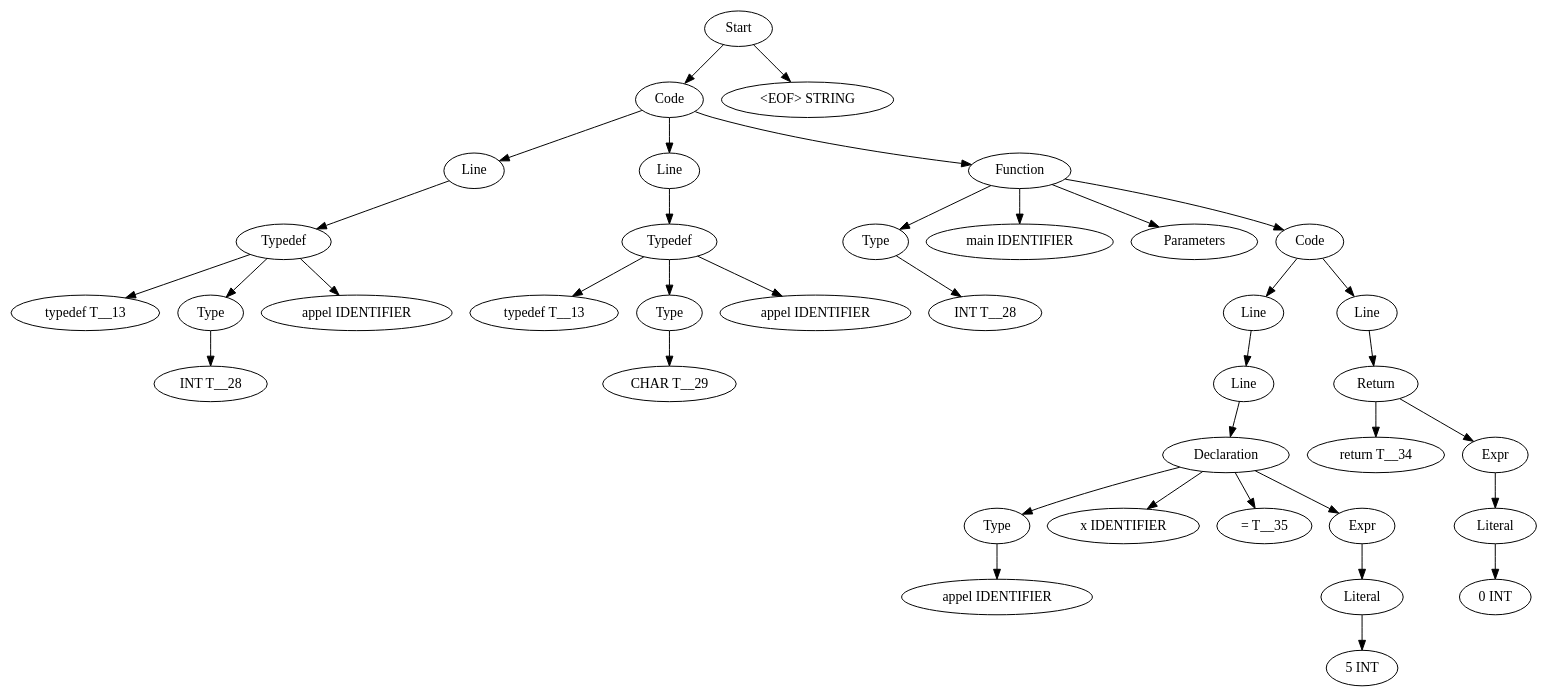
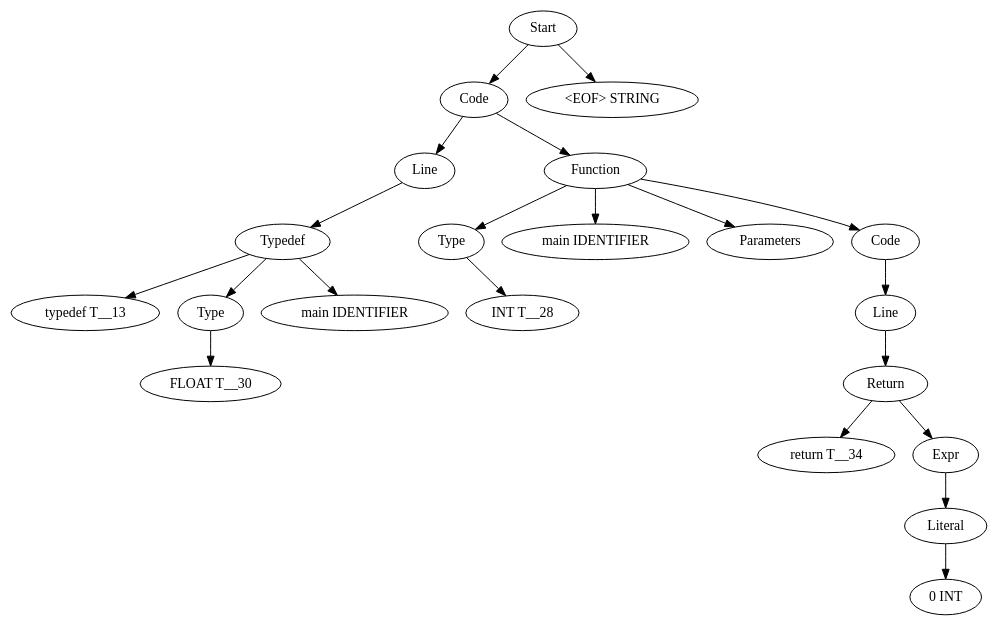
Before and after one commit to Are-you-listening/Compilers: the diagram in TestCases/ASTTests/TypedefTests/createTests/read_file_before.dot, drawn with Graphviz. The commit also changed 280 other files, not shown here.

```diff
--- a/TestCases/ASTTests/TypedefTests/createTests/read_file_before.dot
+++ b/TestCases/ASTTests/TypedefTests/createTests/read_file_before.dot
@@ -1,75 +1,43 @@
 digraph AST {
-  "131043384268352" [label="Start"];
-  "131043384268352" -> "131043383300880";
-  "131043384268352" -> "131043383302320";
-  "131043383300880" [label="Code"];
-  "131043383300880" -> "131043383307744";
-  "131043383300880" -> "131043383301120";
-  "131043383300880" -> "131043383306016";
-  "131043383307744" [label="Line"];
-  "131043383307744" -> "131043383300016";
-  "131043383300016" [label="Typedef"];
-  "131043383300016" -> "131043383296320";
-  "131043383300016" -> "131043383305056";
-  "131043383300016" -> "131043383304000";
-  "131043383296320" [label="typedef T__13"];
-  "131043383305056" [label="Type"];
-  "131043383305056" -> "131043383305680";
-  "131043383305680" [label="INT T__28"];
-  "131043383304000" [label="appel IDENTIFIER"];
-  "131043383301120" [label="Line"];
-  "131043383301120" -> "131043383297184";
-  "131043383297184" [label="Typedef"];
-  "131043383297184" -> "131043383301408";
-  "131043383297184" -> "131043383305104";
-  "131043383297184" -> "131043383297088";
-  "131043383301408" [label="typedef T__13"];
-  "131043383305104" [label="Type"];
-  "131043383305104" -> "131043383301072";
-  "131043383301072" [label="CHAR T__29"];
-  "131043383297088" [label="appel IDENTIFIER"];
-  "131043383306016" [label="Function"];
-  "131043383306016" -> "131043383303904";
-  "131043383306016" -> "131043383305008";
-  "131043383306016" -> "131043383303952";
-  "131043383306016" -> "131043383300352";
-  "131043383303904" [label="Type"];
-  "131043383303904" -> "131043383304048";
-  "131043383304048" [label="INT T__28"];
-  "131043383305008" [label="main IDENTIFIER"];
-  "131043383303952" [label="Parameters"];
-  "131043383300352" [label="Code"];
-  "131043383300352" -> "131043383306064";
-  "131043383300352" -> "131043383297040";
-  "131043383306064" [label="Line"];
-  "131043383306064" -> "131043383303760";
-  "131043383303760" [label="Line"];
-  "131043383303760" -> "131043383306304";
-  "131043383306304" [label="Declaration"];
-  "131043383306304" -> "131043383304480";
-  "131043383306304" -> "131043383304384";
-  "131043383306304" -> "131043383307792";
-  "131043383306304" -> "131043383307168";
-  "131043383304480" [label="Type"];
-  "131043383304480" -> "131043383304576";
-  "131043383304576" [label="appel IDENTIFIER"];
-  "131043383304384" [label="x IDENTIFIER"];
-  "131043383307792" [label="= T__35"];
-  "131043383307168" [label="Expr"];
-  "131043383307168" -> "131043383300448";
-  "131043383300448" [label="Literal"];
-  "131043383300448" -> "131043383305968";
-  "131043383305968" [label="5 INT"];
-  "131043383297040" [label="Line"];
-  "131043383297040" -> "131043383304528";
-  "131043383304528" [label="Return"];
-  "131043383304528" -> "131043383299968";
-  "131043383304528" -> "131043383300928";
-  "131043383299968" [label="return T__34"];
-  "131043383300928" [label="Expr"];
-  "131043383300928" -> "131043383299296";
-  "131043383299296" [label="Literal"];
-  "131043383299296" -> "131043383302512";
-  "131043383302512" [label="0 INT"];
-  "131043383302320" [label="<EOF> STRING"];
+  "133393149814784" [label="Start"];
+  "133393149814784" -> "133393149807920";
+  "133393149814784" -> "133393147874560";
+  "133393149807920" [label="Code"];
+  "133393149807920" -> "133393149806336";
+  "133393149807920" -> "133393147875712";
+  "133393149806336" [label="Line"];
+  "133393149806336" -> "133393149807776";
+  "133393149807776" [label="Typedef"];
+  "133393149807776" -> "133393149815696";
+  "133393149807776" -> "133393147872832";
+  "133393149807776" -> "133393147871968";
+  "133393149815696" [label="typedef T__13"];
+  "133393147872832" [label="Type"];
+  "133393147872832" -> "133393147875904";
+  "133393147875904" [label="FLOAT T__30"];
+  "133393147871968" [label="main IDENTIFIER"];
+  "133393147875712" [label="Function"];
+  "133393147875712" -> "133393147875328";
+  "133393147875712" -> "133393147877440";
+  "133393147875712" -> "133393147877200";
+  "133393147875712" -> "133393147876288";
+  "133393147875328" [label="Type"];
+  "133393147875328" -> "133393147872928";
+  "133393147872928" [label="INT T__28"];
+  "133393147877440" [label="main IDENTIFIER"];
+  "133393147877200" [label="Parameters"];
+  "133393147876288" [label="Code"];
+  "133393147876288" -> "133393147874416";
+  "133393147874416" [label="Line"];
+  "133393147874416" -> "133393147877872";
+  "133393147877872" [label="Return"];
+  "133393147877872" -> "133393147876912";
+  "133393147877872" -> "133393147874800";
+  "133393147876912" [label="return T__34"];
+  "133393147874800" [label="Expr"];
+  "133393147874800" -> "133393147877584";
+  "133393147877584" [label="Literal"];
+  "133393147877584" -> "133393147876384";
+  "133393147876384" [label="0 INT"];
+  "133393147874560" [label="<EOF> STRING"];
 }
```
